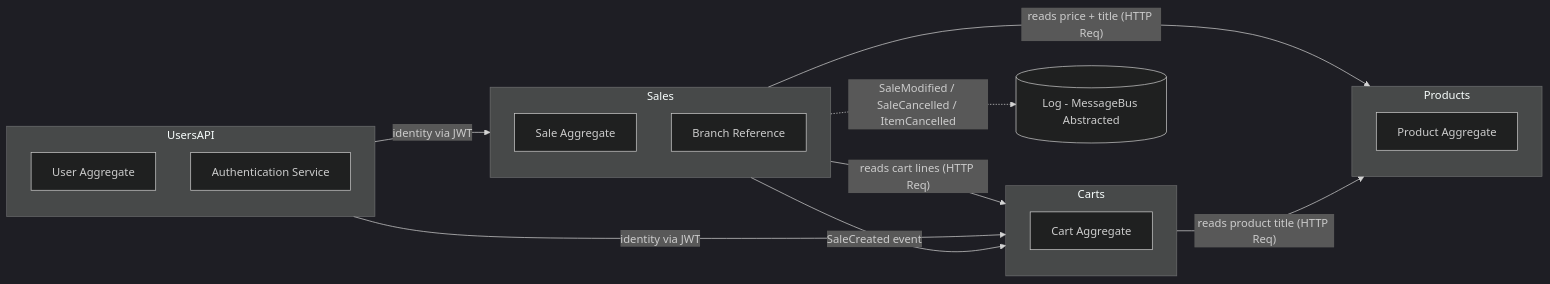
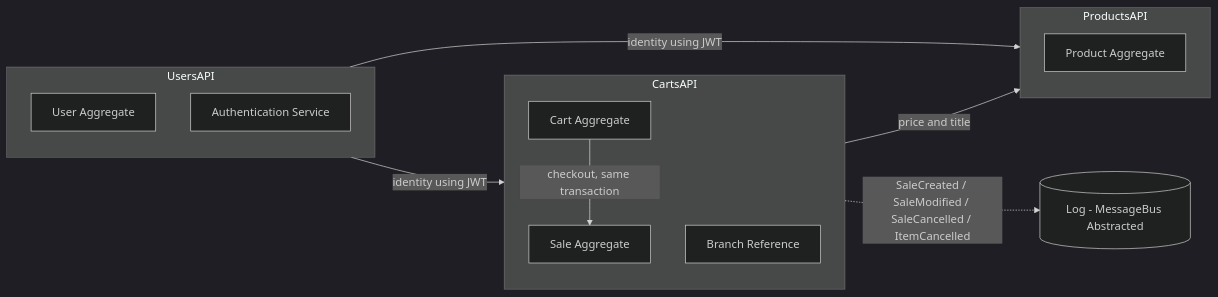
The first of 6 diagrams in .doc/my-own/diagrams.md (dante-escame/abi-gth-omnia-dev-eval), drawn with Mermaid (dark theme) before and after one commit. The commit also changed other lines of this file and 1 other file, not shown here.

Commit message:
docs: changes in contexts mapping, carts and sales merged

````diff
--- a/.doc/my-own/diagrams.md
+++ b/.doc/my-own/diagrams.md
@@ -5,25 +5,21 @@
 ```mermaid
 flowchart LR
     subgraph IAM["UsersAPI"]
         U[User Aggregate]
         AUTH[Authentication Service]
     end
-    subgraph CAT["Products"]
+    subgraph CAT["ProductsAPI"]
         P[Product Aggregate]
     end
-    subgraph CART["Carts"]
+    subgraph SALES["CartsAPI"]
         C[Cart Aggregate]
-    end
-    subgraph SALES["Sales"]
         S[Sale Aggregate]
         BR[Branch Reference]
     end
 
-    SALES -- "reads cart lines (HTTP Req)" --> CART
-    SALES -- "reads price + title (HTTP Req)" --> CAT
-    CART  -- "reads product title (HTTP Req)" --> CAT
-    IAM   -- "identity via JWT" --> SALES
-    IAM   -- "identity via JWT" --> CART
-    SALES -- "SaleCreated event" --> CART
-    SALES -.->|"SaleModified / SaleCancelled / ItemCancelled"| BUS[(Log - MessageBus Abstracted)]
+    C -- "checkout, same transaction" --> S
+    SALES -- "price and title" --> CAT
+    IAM -- "identity using JWT" --> SALES
+    IAM -- "identity using JWT" --> CAT
+    SALES -.->|"SaleCreated / SaleModified / SaleCancelled / ItemCancelled"| BUS[(Log - MessageBus Abstracted)]
 ```
````
